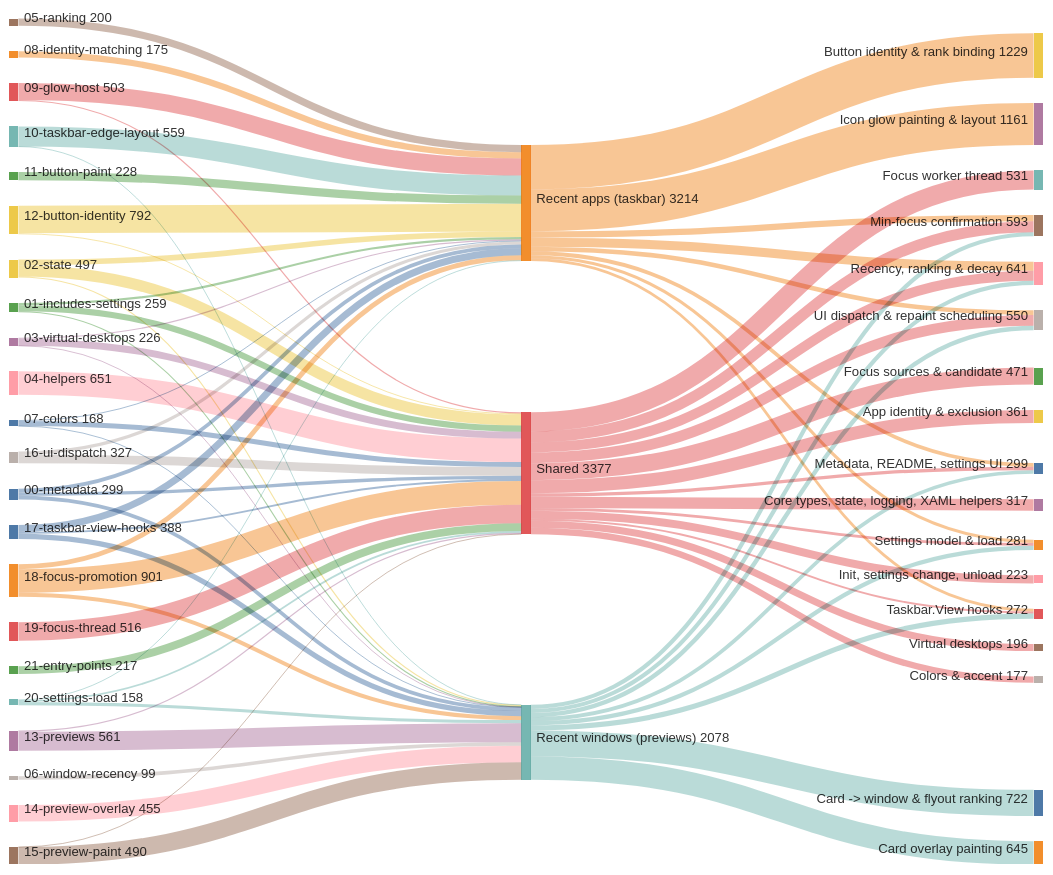
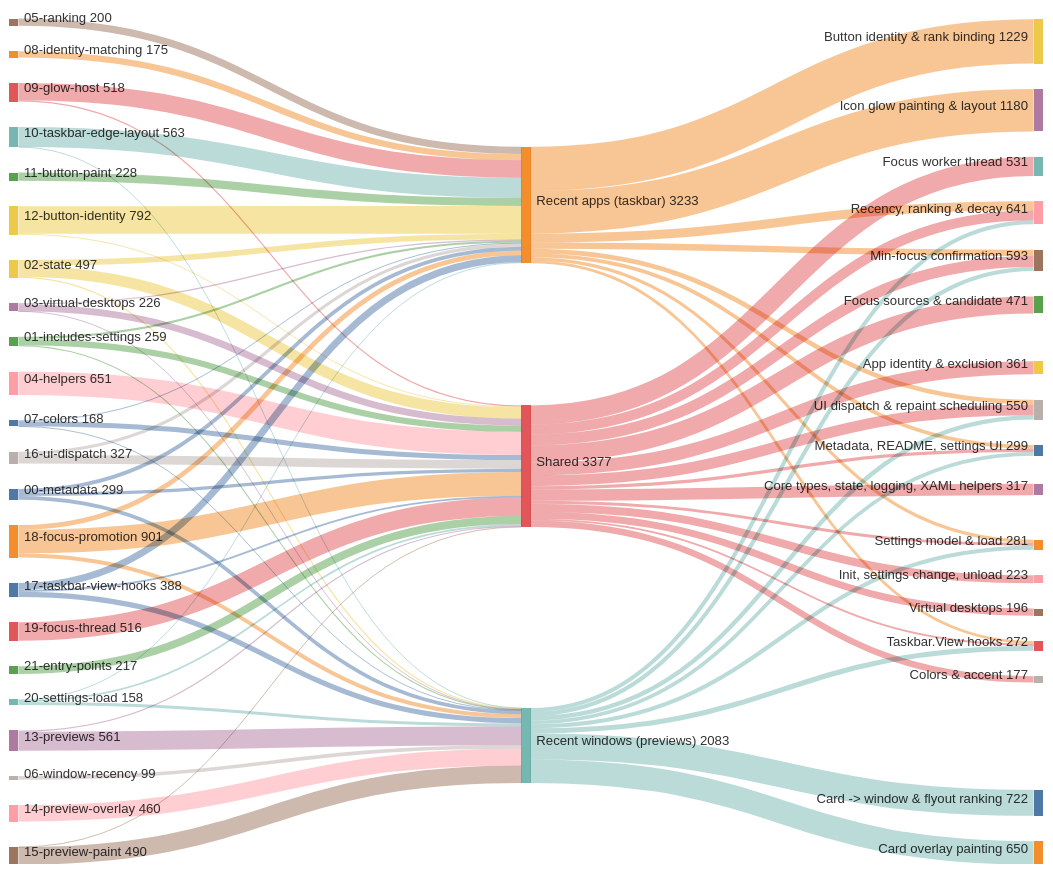
Before and after one commit to jvlasek/taskbar-recent-focus-highlight: the second of 5 diagrams in doc/code/code-breakdown.md, drawn with Mermaid. The commit also changed other lines of this file and 8 other files, not shown here.

First line of the commit message:
0.12.1: overlay chrome never sizes the taskbar button

```diff
--- a/doc/code/code-breakdown.md
+++ b/doc/code/code-breakdown.md
@@ -56,16 +56,16 @@
 07-colors,"Shared",139
 07-colors,"Recent windows (previews)",2
 08-identity-matching,"Recent apps (taskbar)",175
-09-glow-host,"Recent apps (taskbar)",470
+09-glow-host,"Recent apps (taskbar)",485
 09-glow-host,"Shared",33
-10-taskbar-edge-layout,"Recent apps (taskbar)",555
+10-taskbar-edge-layout,"Recent apps (taskbar)",559
 10-taskbar-edge-layout,"Recent windows (previews)",4
 11-button-paint,"Recent apps (taskbar)",228
 12-button-identity,"Recent apps (taskbar)",766
 12-button-identity,"Shared",26
 13-previews,"Shared",33
 13-previews,"Recent windows (previews)",528
-14-preview-overlay,"Recent windows (previews)",455
+14-preview-overlay,"Recent windows (previews)",460
 15-preview-paint,"Shared",4
 15-preview-paint,"Recent windows (previews)",486
 16-ui-dispatch,"Recent apps (taskbar)",87
@@ -82,7 +82,7 @@
 20-settings-load,"Recent windows (previews)",84
 21-entry-points,"Shared",217
 "Recent apps (taskbar)","Button identity & rank binding",1229
-"Recent apps (taskbar)","Icon glow painting & layout",1161
+"Recent apps (taskbar)","Icon glow painting & layout",1180
 "Recent apps (taskbar)","Recency, ranking & decay",251
 "Recent apps (taskbar)","Min-focus confirmation",175
 "Recent apps (taskbar)","UI dispatch & repaint scheduling",129
@@ -103,7 +103,7 @@
 "Shared","Settings model & load",78
 "Shared","Taskbar.View hooks",52
 "Recent windows (previews)","Card -> window & flyout ranking",722
-"Recent windows (previews)","Card overlay painting",645
+"Recent windows (previews)","Card overlay painting",650
 "Recent windows (previews)","Taskbar.View hooks",143
 "Recent windows (previews)","UI dispatch & repaint scheduling",121
 "Recent windows (previews)","Settings model & load",116
```
